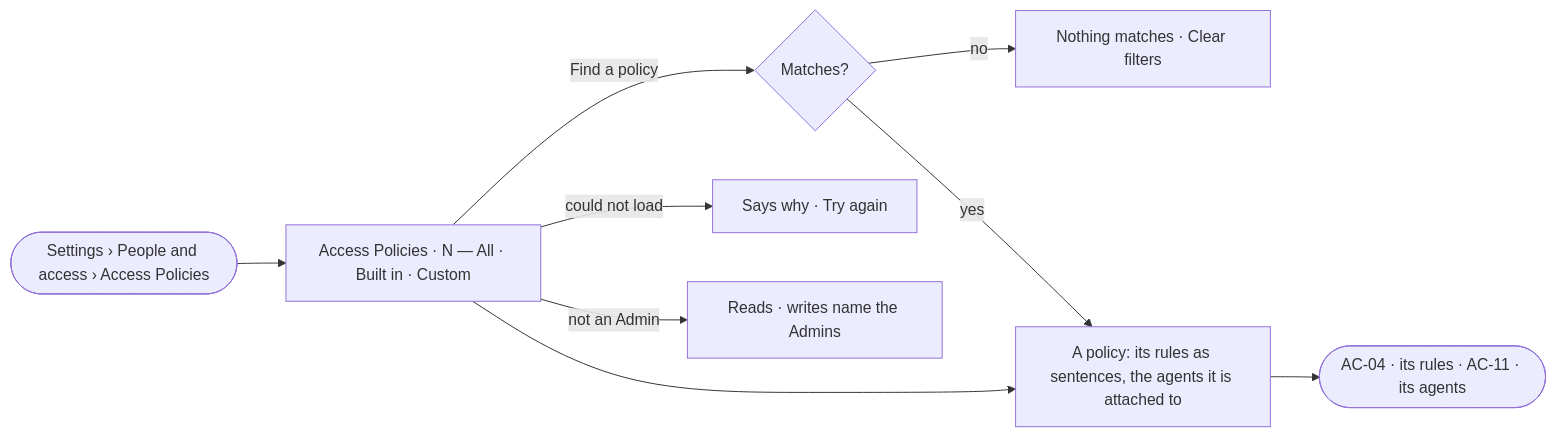
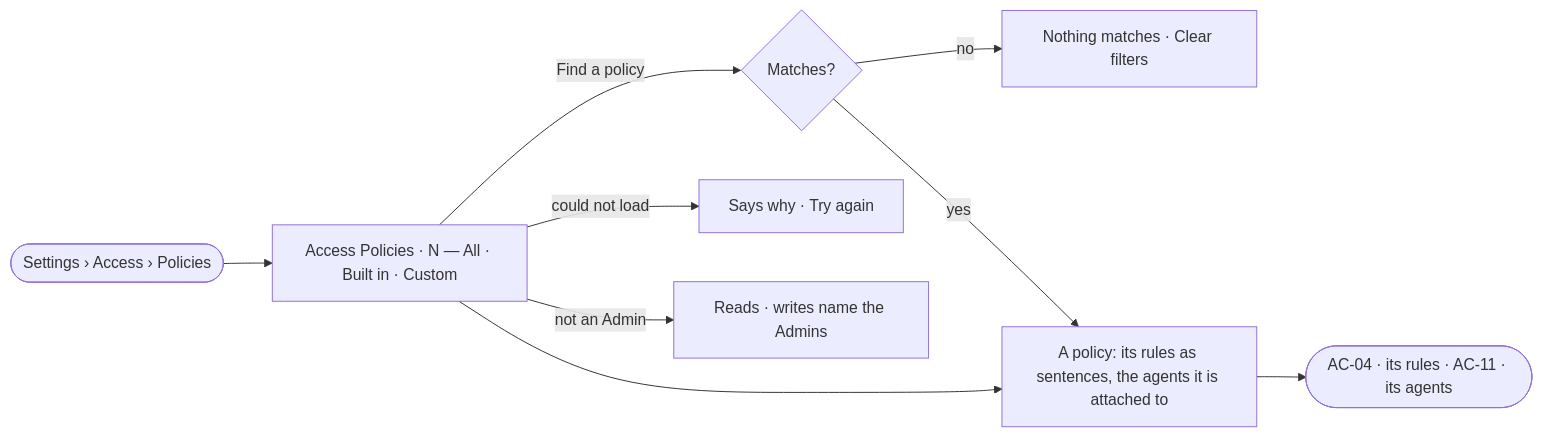
The diagram in specs/os/access/features/AC-F02-access-policies/stories/AC-03-read-every-access-policy-and-what-it-is-attached-to/story.md (invana/invana), drawn with Mermaid before and after one commit. The commit also changed 106 other files, not shown here.

````diff
--- a/specs/os/access/features/AC-F02-access-policies/stories/AC-03-read-every-access-policy-and-what-it-is-attached-to/story.md
+++ b/specs/os/access/features/AC-F02-access-policies/stories/AC-03-read-every-access-policy-and-what-it-is-attached-to/story.md
@@ -26,11 +26,11 @@
 ```mermaid
 flowchart LR
-  s([Settings › People and access › Access Policies]) --> l["Access Policies · N — All · Built in · Custom"]
+  s([Settings › Access › Policies]) --> l["Access Policies · N — All · Built in · Custom"]
   l -->|Find a policy| f{"Matches?"}
   f -->|no| e["Nothing matches · Clear filters"]
   f -->|yes| r["A policy: its rules as sentences, the agents it is attached to"]
   l --> r
   r --> d(["AC-04 · its rules · AC-11 · its agents"])
   l -->|could not load| x["Says why · Try again"]
   l -->|not an Admin| ro["Reads · writes name the Admins"]
 ```
````
